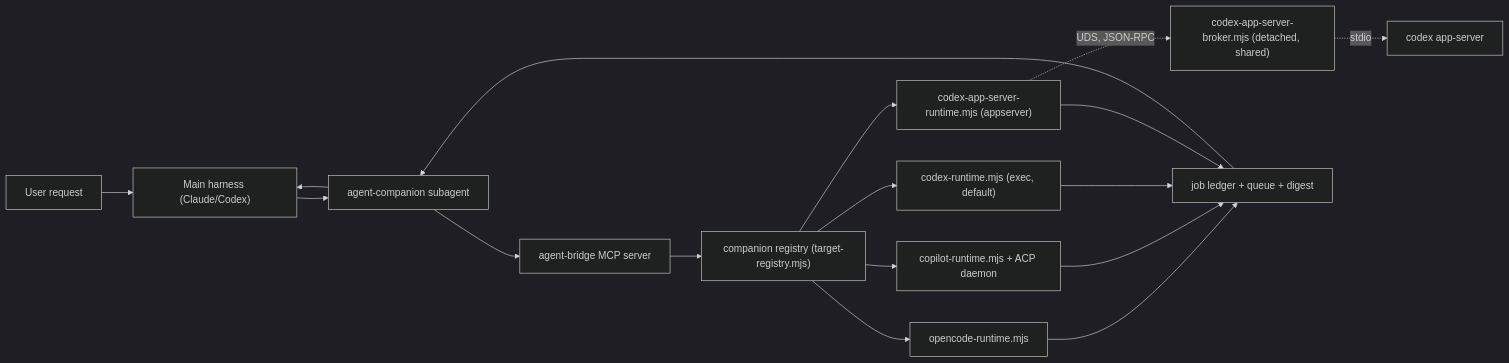
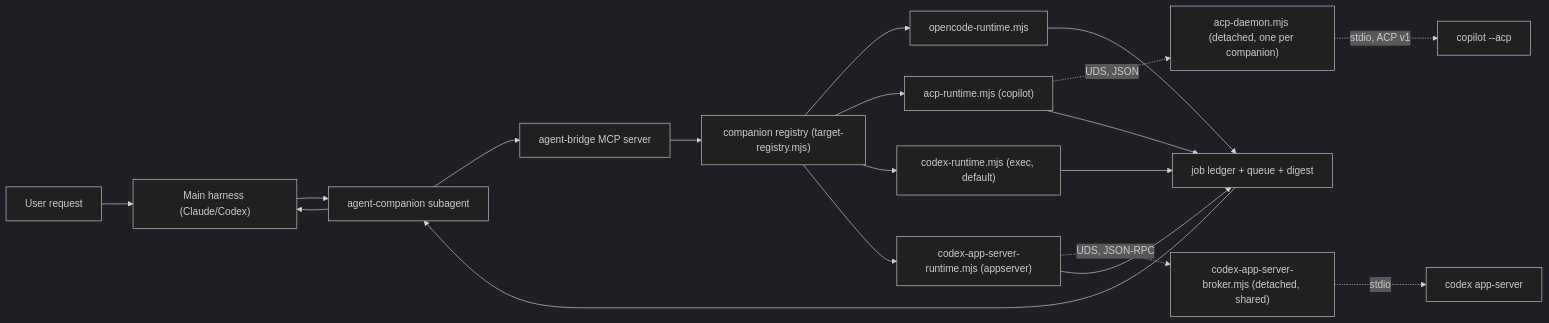
One commit to thangaram611/agent-companion changed the diagram in docs/ARCHITECTURE.md. Above: the diagram before and after it, drawn with Mermaid (dark theme). The commit also changed other lines of this file and 30 other files, not shown here.

````diff
--- a/docs/ARCHITECTURE.md
+++ b/docs/ARCHITECTURE.md
@@ -37,19 +37,21 @@
 ```mermaid
 flowchart LR
   User["User request"] --> Main["Main harness (Claude/Codex)"]
   Main --> Subagent["agent-companion subagent"]
   Subagent --> MCP["agent-bridge MCP server"]
   MCP --> Registry["companion registry (target-registry.mjs)"]
   Registry --> OpenCode["opencode-runtime.mjs"]
-  Registry --> Copilot["copilot-runtime.mjs + ACP daemon"]
+  Registry --> Acp["acp-runtime.mjs (copilot)"]
   Registry --> CodexRuntime["codex-runtime.mjs (exec, default)"]
   Registry --> CodexAppServer["codex-app-server-runtime.mjs (appserver)"]
+  Acp -.->|"UDS, JSON"| Daemon["acp-daemon.mjs (detached, one per companion)"]
+  Daemon -.->|"stdio, ACP v1"| Agent["copilot --acp"]
   CodexAppServer -.->|"UDS, JSON-RPC"| Broker["codex-app-server-broker.mjs (detached, shared)"]
   Broker -.->|"stdio"| AppServer["codex app-server"]
   OpenCode --> Job["job ledger + queue + digest"]
-  Copilot --> Job
+  Acp --> Job
   CodexRuntime --> Job
   CodexAppServer --> Job
   Job --> Subagent
   Subagent --> Main
 ```
````
